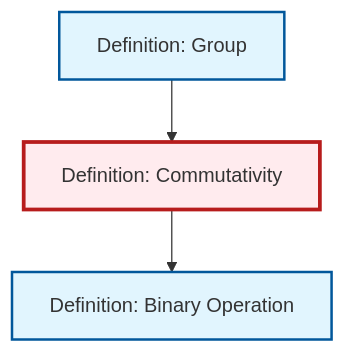
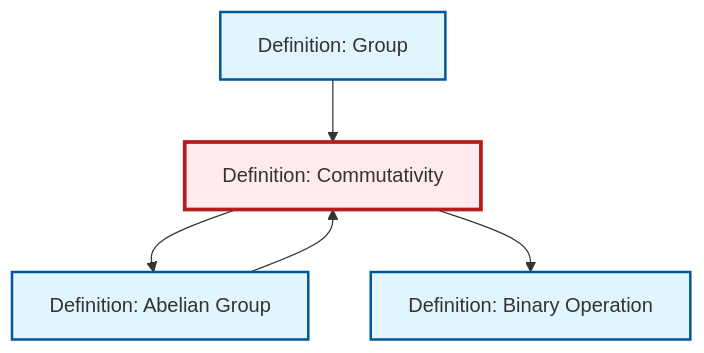
Before and after one commit to RK0429/ModernMath: the diagram in content/ja/algebra/def-commutativity.qmd, drawn with Mermaid. The commit also changed 474 other files, not shown here.

````diff
--- a/content/ja/algebra/def-commutativity.qmd
+++ b/content/ja/algebra/def-commutativity.qmd
@@ -102,17 +102,21 @@
 ```{mermaid}
 %%| fig-cap: "Local dependency graph"
 graph TD
     classDef definition fill:#e1f5fe,stroke:#01579b,stroke-width:2px
     classDef theorem fill:#f3e5f5,stroke:#4a148c,stroke-width:2px
     classDef axiom fill:#fff3e0,stroke:#e65100,stroke-width:2px
     classDef example fill:#e8f5e9,stroke:#1b5e20,stroke-width:2px
     classDef current fill:#ffebee,stroke:#b71c1c,stroke-width:3px
+    def-group["Definition: Group"]:::definition
+    def-abelian-group["Definition: Abelian Group"]:::definition
+    def-binary-operation["Definition: Binary Operation"]:::definition
     def-commutativity["Definition: Commutativity"]:::definition
-    def-binary-operation["Definition: Binary Operation"]:::definition
-    def-group["Definition: Group"]:::definition
+    def-commutativity --> def-abelian-group
     def-group --> def-commutativity
     def-commutativity --> def-binary-operation
+    def-abelian-group --> def-commutativity
     class def-commutativity current
+    click def-group "def-group.html" "Definition: Groupへ"
+    click def-abelian-group "def-abelian-group.html" "Definition: Abelian Groupへ"
     click def-binary-operation "def-binary-operation.html" "Definition: Binary Operationへ"
-    click def-group "def-group.html" "Definition: Groupへ"
 ```
````
